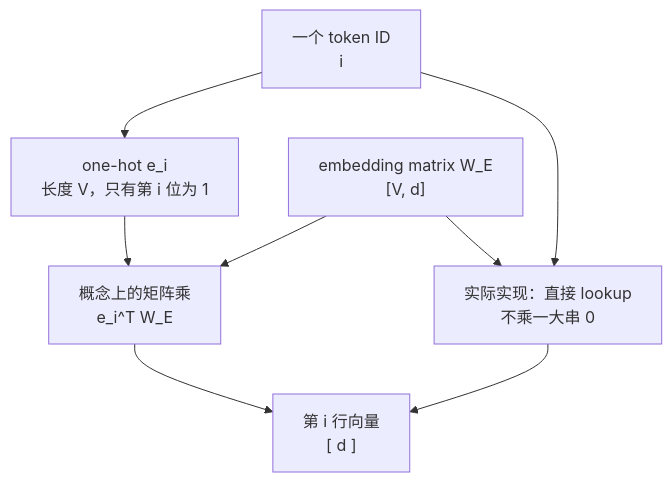
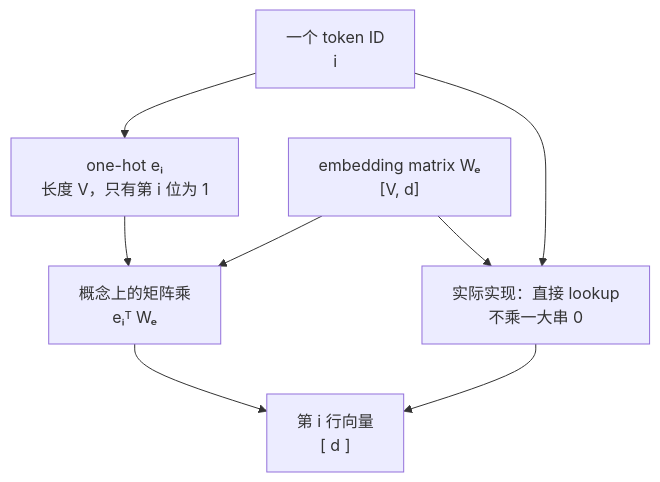
One commit to DeyangLiu123/foundations-of-distributed-ai-systems changed the second of 2 diagrams in M2 Transformer与大模型/L10 Token与嵌入.md. Above: the diagram before and after it, drawn with Mermaid.

Commit message:
L10 Token与嵌入

````diff
--- a/M2 Transformer与大模型/L10 Token与嵌入.md
+++ b/M2 Transformer与大模型/L10 Token与嵌入.md
@@ -119,10 +119,10 @@
 ```mermaid
 flowchart TB
-    ID["一个 token ID<br/>i"] --> OH["one-hot e_i<br/>长度 V，只有第 i 位为 1"]
-    OH --> MULT["概念上的矩阵乘<br/>e_i^T W_E"]
-    MAT["embedding matrix W_E<br/>[V, d]"] --> MULT
+    ID["一个 token ID<br/>i"] --> OH["one-hot eᵢ<br/>长度 V，只有第 i 位为 1"]
+    OH --> MULT["概念上的矩阵乘<br/>eᵢᵀ Wₑ"]
+    MAT["embedding matrix Wₑ<br/>[V, d]"] --> MULT
     MULT --> ROW["第 i 行向量<br/>[ d ]"]
     ID --> LOOKUP["实际实现：直接 lookup<br/>不乘一大串 0"]
     MAT --> LOOKUP
     LOOKUP --> ROW
 ```
````
